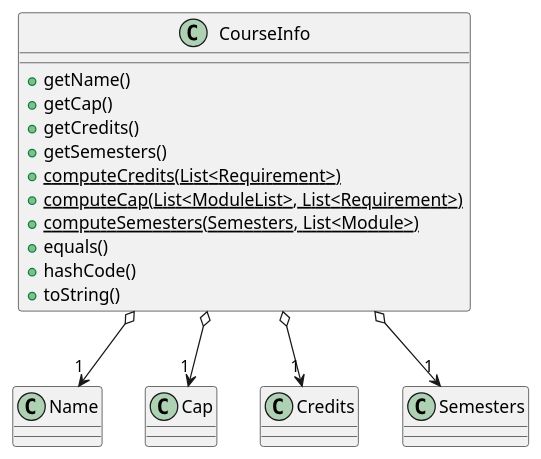
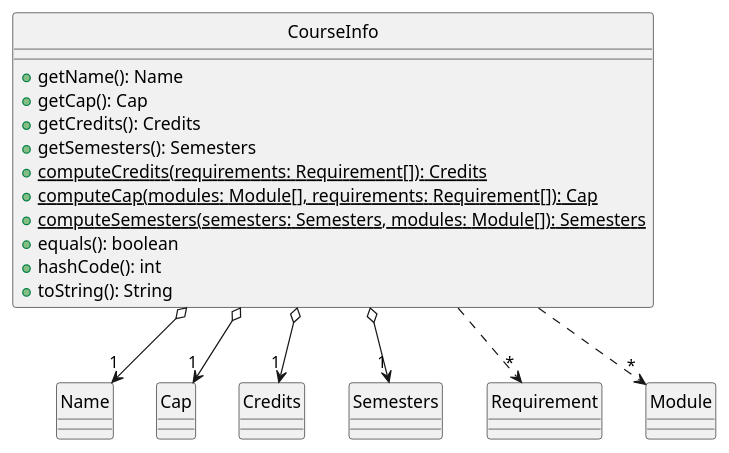
One commit to yjskrs/main changed the diagram in docs/diagrams/CourseInfoClassDiagram.puml. Above: the diagram before and after it, drawn with PlantUML. The commit also changed 10 other files, not shown here.

Commit message:
Update DG complete compute CAP section

```diff
--- a/docs/diagrams/CourseInfoClassDiagram.puml
+++ b/docs/diagrams/CourseInfoClassDiagram.puml
@@ -1,21 +1,24 @@
 @startuml
+hide circle
 class CourseInfo {
-    +getName()
-    +getCap()
-    +getCredits()
-    +getSemesters()
-    +{static} computeCredits(List<Requirement>)
-    +{static} computeCap(List<ModuleList>, List<Requirement>)
-    +{static} computeSemesters(Semesters, List<Module>)
-    +equals()
-    +hashCode()
-    +toString()
+    +getName(): Name
+    +getCap(): Cap
+    +getCredits(): Credits
+    +getSemesters(): Semesters
+    +{static} computeCredits(requirements: Requirement[]): Credits
+    +{static} computeCap(modules: Module[], requirements: Requirement[]): Cap
+    +{static} computeSemesters(semesters: Semesters, modules: Module[]): Semesters
+    +equals(): boolean
+    +hashCode(): int
+    +toString(): String
 }
 class Name {}
 
 CourseInfo o--> "1" Name
 CourseInfo o--> "1" Cap
 CourseInfo o--> "1" Credits
 CourseInfo o--> "1" Semesters
+CourseInfo ..> "*" Requirement
+CourseInfo ..> "*" Module
 
 @enduml
```
